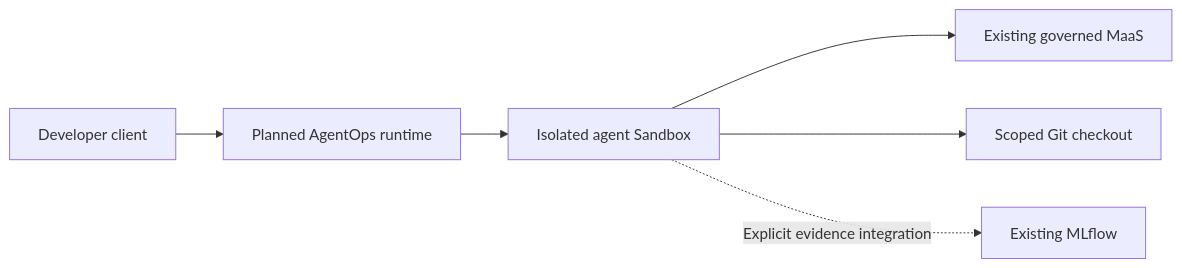
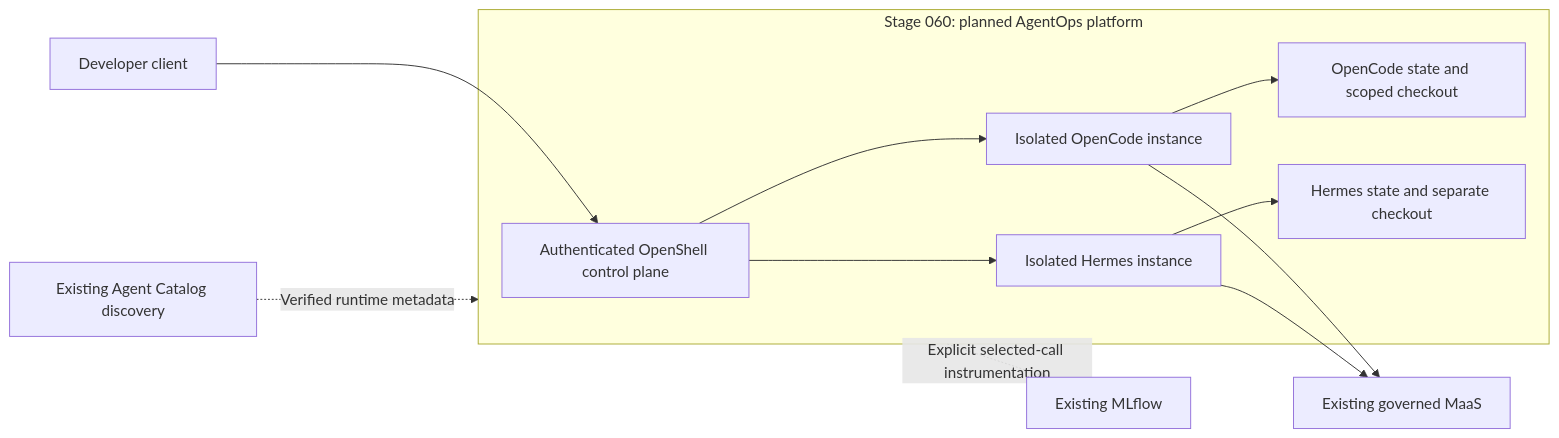
One commit to adnan-drina/rhoai3-coding-demo changed the diagram in stages/060-agent-runtime-and-agentops/README.md. Above: the diagram before and after it, drawn with Mermaid. The commit also changed other lines of this file and 5 other files, not shown here.

Commit message:
docs(060): define AgentOps scope and implementation gates

````diff
--- a/stages/060-agent-runtime-and-agentops/README.md
+++ b/stages/060-agent-runtime-and-agentops/README.md
@@ -9,8 +11,14 @@
 ```mermaid
 flowchart LR
-    Client[Developer client] --> Runtime[Planned AgentOps runtime]
-    Runtime --> Sandbox[Isolated agent Sandbox]
-    Sandbox --> MaaS[Existing governed MaaS]
-    Sandbox --> Repo[Scoped Git checkout]
-    Sandbox -. Explicit evidence integration .-> MLflow[Existing MLflow]
+    subgraph Runtime["Stage 060: planned AgentOps platform"]
+        Control[Authenticated OpenShell control plane] --> OpenCode[Isolated OpenCode instance]
+        Control --> Hermes[Isolated Hermes instance]
+        OpenCode --> OpenCodeState[OpenCode state and scoped checkout]
+        Hermes --> HermesState[Hermes state and separate checkout]
+    end
+    Client[Developer client] --> Control
+    OpenCode --> MaaS[Existing governed MaaS]
+    Hermes --> MaaS
+    Runtime -. Explicit selected-call instrumentation .-> MLflow[Existing MLflow]
+    Catalog[Existing Agent Catalog discovery] -. Verified runtime metadata .-> Runtime
 ```
````
